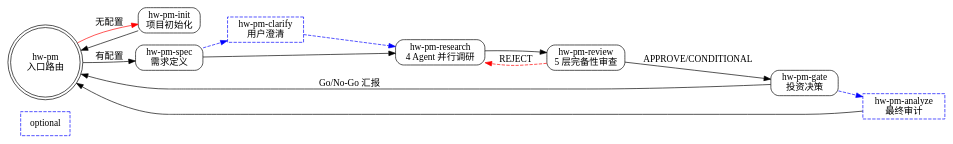
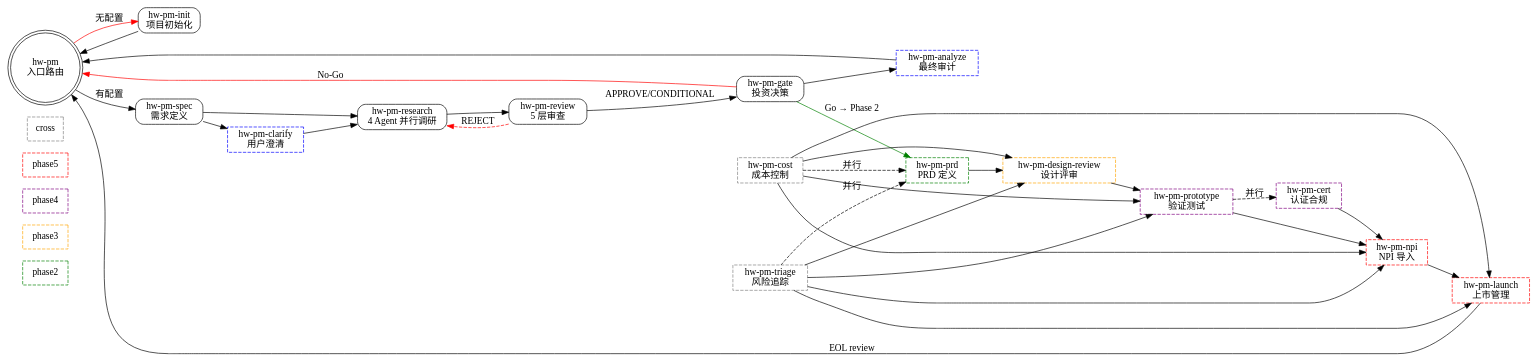
The diagram in 2026-06-07-hw-pm-multi-agent-prd.md (visioner3d/hw-pm-skills), drawn with Graphviz before and after one commit. The commit also changed other lines of this file and 11 other files, not shown here.

````diff
--- a/2026-06-07-hw-pm-multi-agent-prd.md
+++ b/2026-06-07-hw-pm-multi-agent-prd.md
@@ -19,29 +19,60 @@
 ```dot
 digraph skills_overview {
     rankdir=LR;
     node [shape=box, style=rounded];
-    optional [style=dashed, color=blue];
+    phase2 [style=dashed, color=green];
+    phase3 [style=dashed, color=orange];
+    phase4 [style=dashed, color=purple];
+    phase5 [style=dashed, color=red];
+    cross [style=dashed, color=gray];
 
     entry [label="hw-pm\n入口路由", shape=doublecircle];
     init [label="hw-pm-init\n项目初始化"];
     spec [label="hw-pm-spec\n需求定义"];
     clarify [label="hw-pm-clarify\n用户澄清", style=dashed, color=blue];
     research [label="hw-pm-research\n4 Agent 并行调研"];
-    review [label="hw-pm-review\n5 层完备性审查"];
+    review [label="hw-pm-review\n5 层审查"];
     gate [label="hw-pm-gate\n投资决策"];
     analyze [label="hw-pm-analyze\n最终审计", style=dashed, color=blue];
+
+    prd [label="hw-pm-prd\nPRD 定义", style=dashed, color=green];
+    design [label="hw-pm-design-review\n设计评审", style=dashed, color=orange];
+    proto [label="hw-pm-prototype\n验证测试", style=dashed, color=purple];
+    cert [label="hw-pm-cert\n认证合规", style=dashed, color=purple];
+    npi [label="hw-pm-npi\nNPI 导入", style=dashed, color=red];
+    launch [label="hw-pm-launch\n上市管理", style=dashed, color=red];
+    cost [label="hw-pm-cost\n成本控制", style=dashed, color=gray];
+    triage [label="hw-pm-triage\n风险追踪", style=dashed, color=gray];
 
     entry -> init [label="无配置", color=red];
     entry -> spec [label="有配置"];
     init -> entry;
-    spec -> clarify [style=dashed, color=blue];
-    clarify -> research [style=dashed, color=blue];
+    spec -> clarify;
+    clarify -> research;
     spec -> research;
     research -> review;
     review -> research [label="REJECT", color=red, style=dashed];
     review -> gate [label="APPROVE/CONDITIONAL"];
-    gate -> analyze [style=dashed, color=blue];
-    gate -> entry [label="Go/No-Go 汇报"];
+    gate -> analyze;
+    gate -> entry [label="No-Go", color=red];
+    gate -> prd [label="Go → Phase 2", color=green];
     analyze -> entry;
+    prd -> design;
+    design -> proto;
+    proto -> npi;
+    npi -> launch;
+    launch -> entry [label="EOL review"];
+    proto -> cert [style=dashed, label="并行"];
+    cert -> npi;
+    cost -> prd [style=dashed, label="并行"];
+    cost -> design;
+    cost -> proto;
+    cost -> npi;
+    cost -> launch;
+    triage -> prd [style=dashed, label="并行"];
+    triage -> design;
+    triage -> proto;
+    triage -> npi;
+    triage -> launch;
 }
 ```
````
